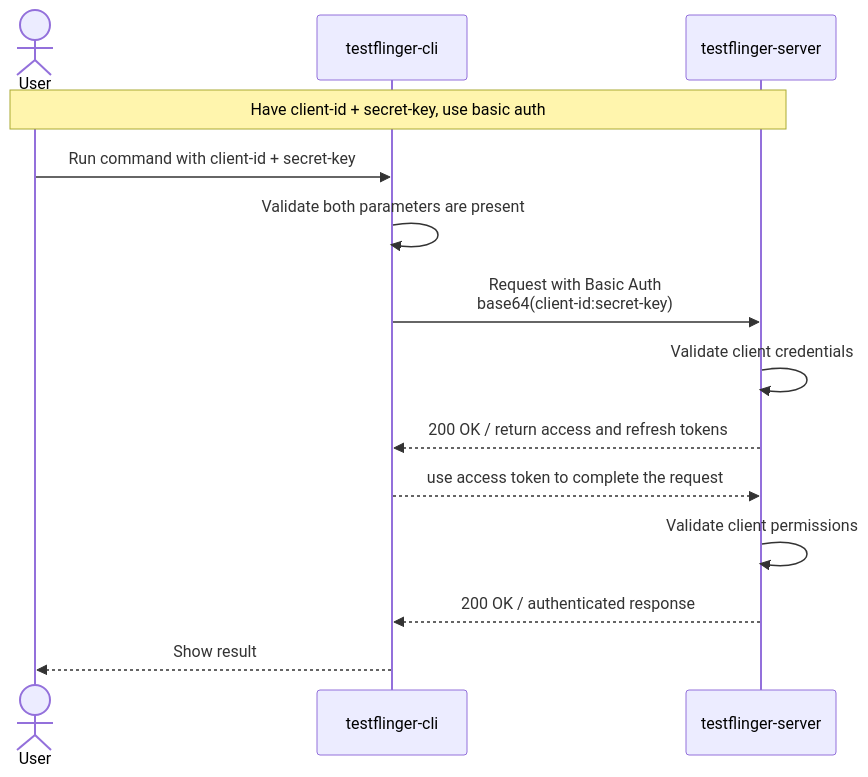
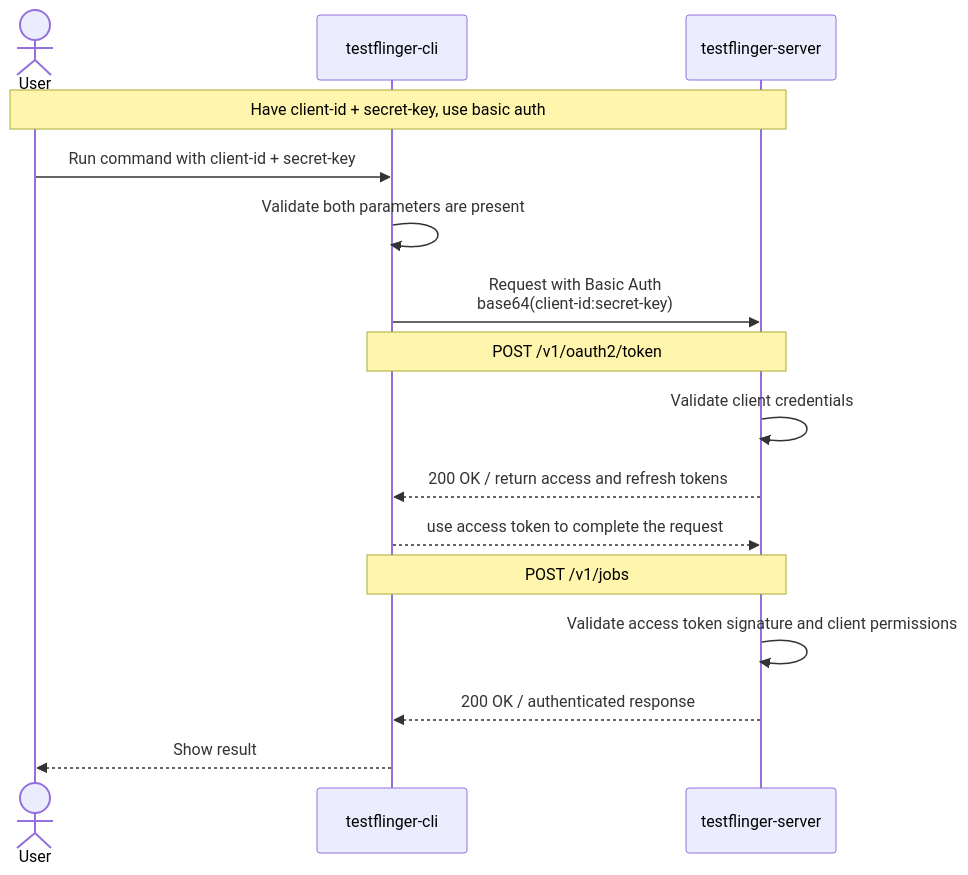
Before and after one commit to canonical/testflinger: the first of 7 diagrams in docs/explanation/authentication.rst, drawn with Mermaid. The commit also changed other lines of this file, not shown here.

```diff
--- a/docs/explanation/authentication.rst
+++ b/docs/explanation/authentication.rst
@@ -32,20 +37,22 @@
 .. mermaid::
     :alt: Sequence diagram showing BASIC Auth is used when client_id and secret_key are provided
     :caption: Sequence diagram showing BASIC Auth is used when client_id and secret_key are provided
     :align: center
 
     sequenceDiagram
         actor User
         participant CLI as testflinger-cli
         participant Server as testflinger-server
 
         Note over User,Server: Have client-id + secret-key, use basic auth
         User->>CLI: Run command with client-id + secret-key
         CLI->>CLI: Validate both parameters are present
         CLI->>Server: Request with Basic Auth<br/>base64(client-id:secret-key)
+        Note over CLI,Server: POST /v1/oauth2/token
         Server->>Server: Validate client credentials
         Server-->>CLI: 200 OK / return access and refresh tokens
         CLI-->>Server: use access token to complete the request
-        Server->>Server: Validate client permissions
+        Note over CLI,Server: POST /v1/jobs
+        Server->>Server: Validate access token signature and client permissions
         Server-->>CLI: 200 OK / authenticated response
         CLI-->>User: Show result
```
